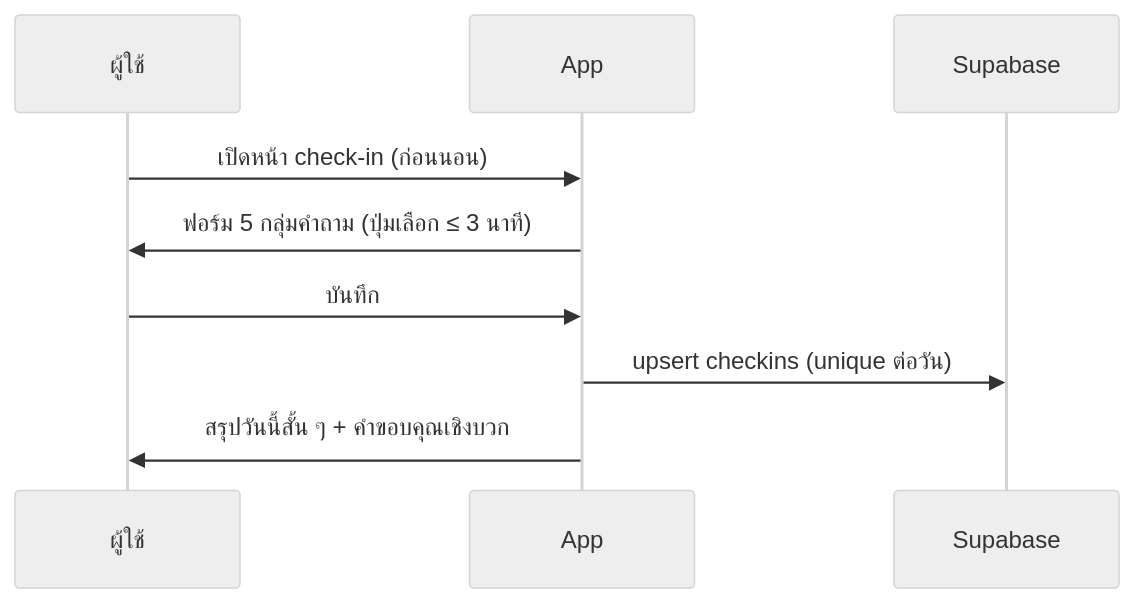
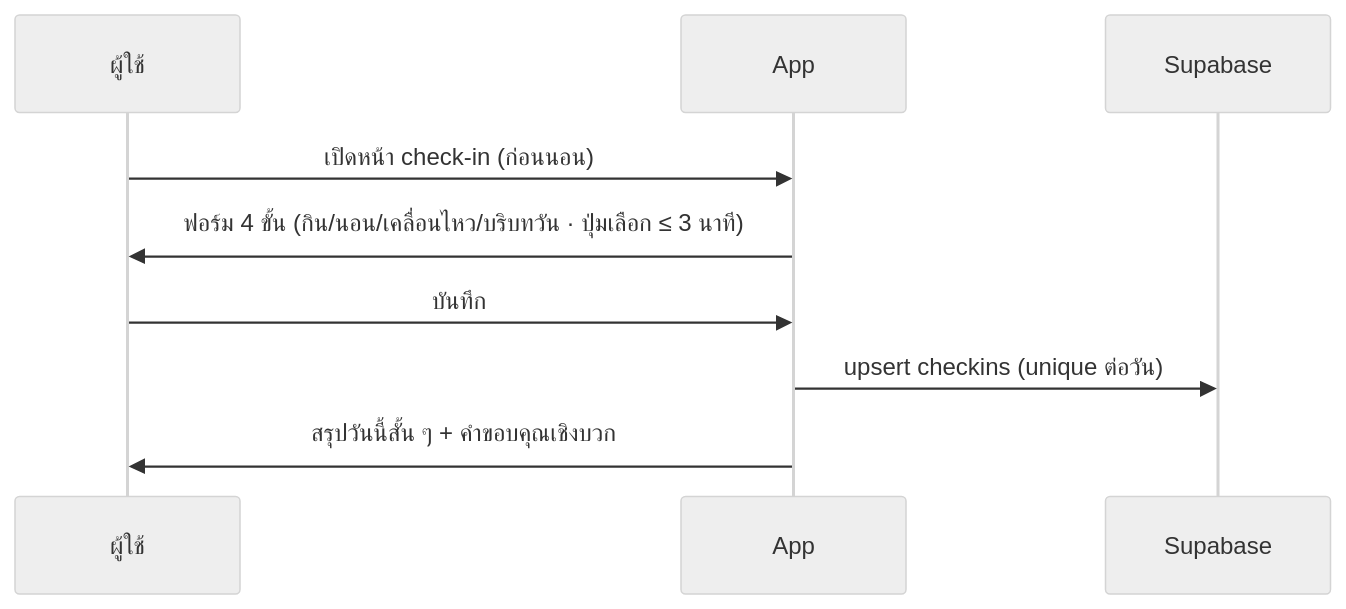
The second of 4 diagrams in docs/06-system-architecture.md (nkieu-config/ai-personal-health-coach-project), drawn with Mermaid (neutral theme) before and after one commit. The commit also changed other lines of this file and 4 other files, not shown here.

````diff
--- a/docs/06-system-architecture.md
+++ b/docs/06-system-architecture.md
@@ -39,11 +39,11 @@
 ```mermaid
 sequenceDiagram
     participant ผู้ใช้
     participant App
     participant DB as Supabase
     ผู้ใช้->>App: เปิดหน้า check-in (ก่อนนอน)
-    App->>ผู้ใช้: ฟอร์ม 5 กลุ่มคำถาม (ปุ่มเลือก ≤ 3 นาที)
+    App->>ผู้ใช้: ฟอร์ม 4 ขั้น (กิน/นอน/เคลื่อนไหว/บริบทวัน · ปุ่มเลือก ≤ 3 นาที)
     ผู้ใช้->>App: บันทึก
     App->>DB: upsert checkins (unique ต่อวัน)
     App->>ผู้ใช้: สรุปวันนี้สั้น ๆ + คำขอบคุณเชิงบวก
 ```
````
